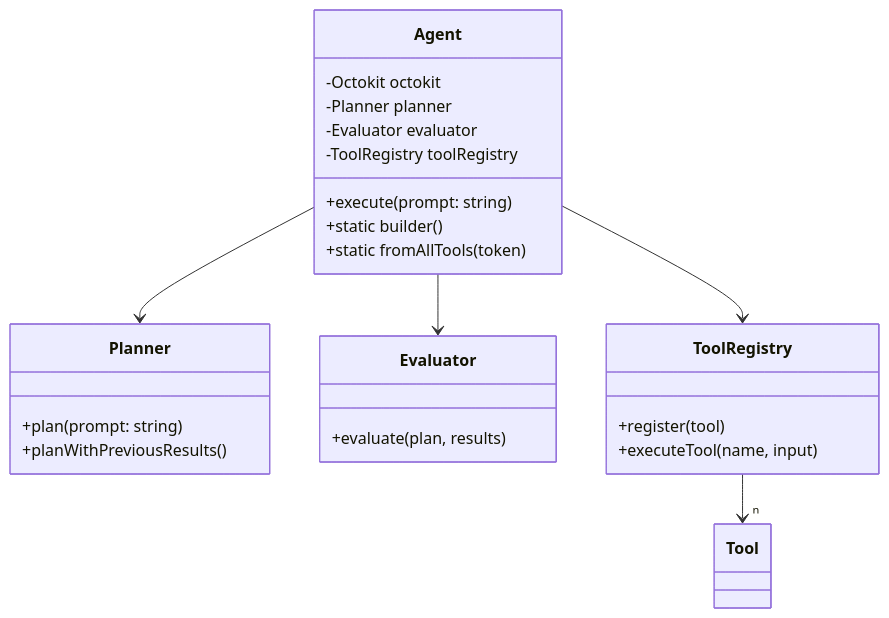
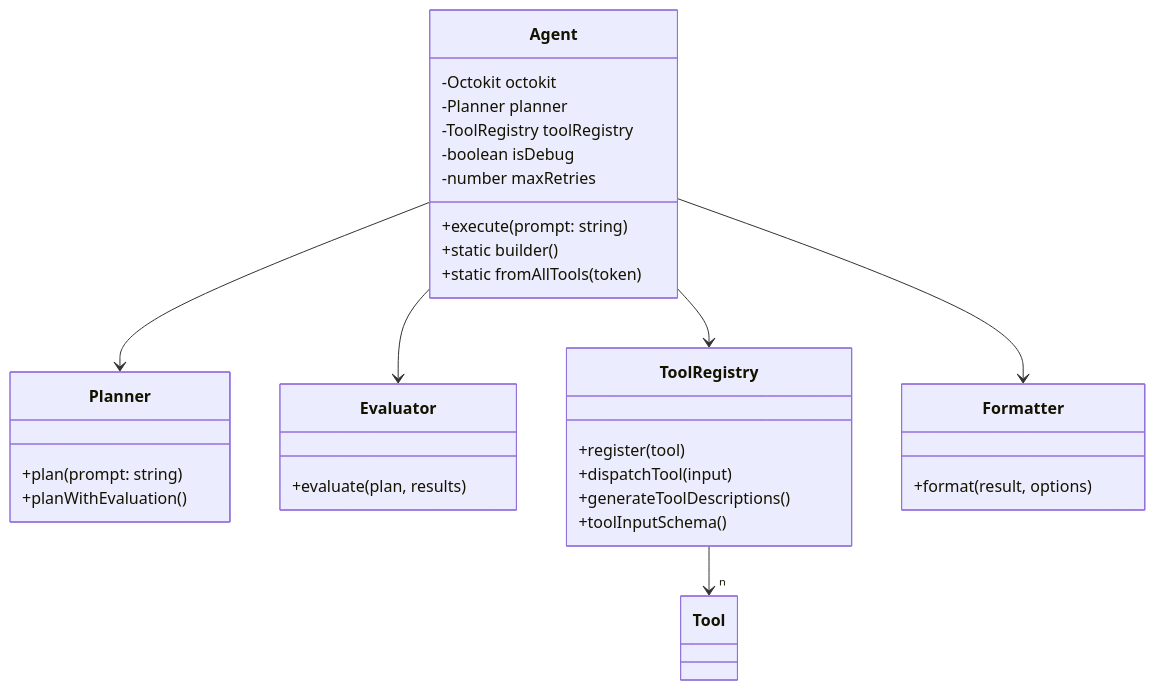
The first of 2 diagrams in packages/github-agent/README.md (giselles-ai/giselle), drawn with Mermaid before and after one commit. The commit also changed other lines of this file, not shown here.

Commit message:
feat(github-agent): Enhance README with new agent configuration and tool usage details

````diff
--- a/packages/github-agent/README.md
+++ b/packages/github-agent/README.md
@@ -82,27 +84,34 @@
 ```mermaid
 classDiagram
     class Agent {
         -Octokit octokit
         -Planner planner
-        -Evaluator evaluator
         -ToolRegistry toolRegistry
+        -boolean isDebug
+        -number maxRetries
         +execute(prompt: string)
         +static builder()
         +static fromAllTools(token)
     }
     class Planner {
         +plan(prompt: string)
-        +planWithPreviousResults()
+        +planWithEvaluation()
     }
     class Evaluator {
         +evaluate(plan, results)
     }
     class ToolRegistry {
         +register(tool)
-        +executeTool(name, input)
+        +dispatchTool(input)
+        +generateToolDescriptions()
+        +toolInputSchema()
+    }
+    class Formatter {
+        +format(result, options)
     }
     Agent --> Planner
     Agent --> Evaluator
     Agent --> ToolRegistry
+    Agent --> Formatter
     ToolRegistry --> "n" Tool
 ```
````
